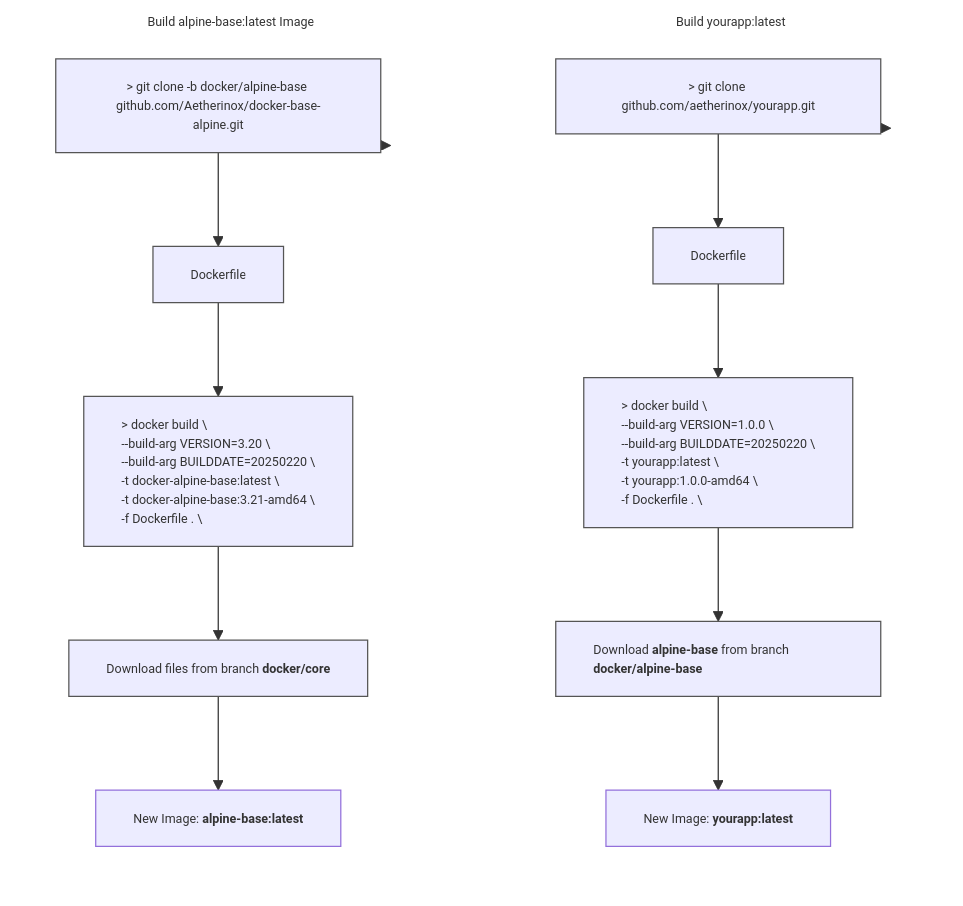
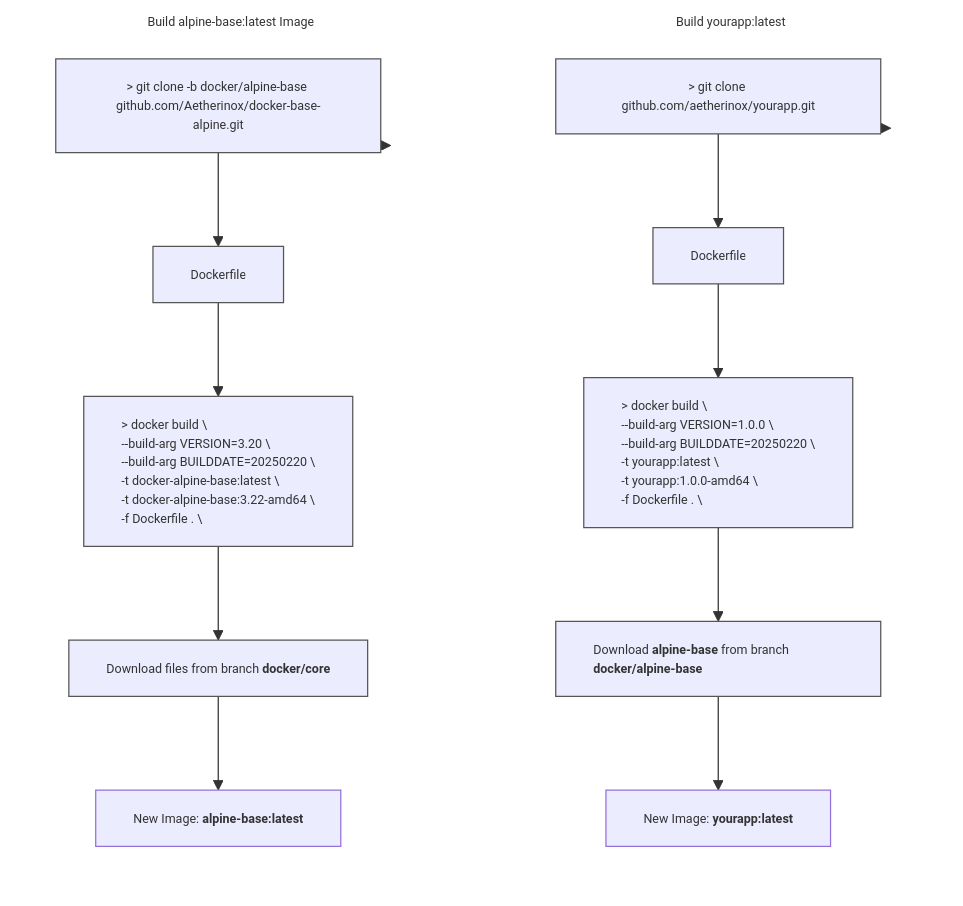
One commit to aetherinox/docker-base-alpine changed the diagram in README.md. Above: the diagram before and after it, drawn with Mermaid. The commit also changed other lines of this file, not shown here.

````diff
--- a/README.md
+++ b/README.md
@@ -870,49 +870,49 @@
 ```mermaid
 %%{init: { 'themeVariables': { 'fontSize': '10px' }}}%%
 flowchart TB
 
 subgraph GRAPH_TVAPP ["Build yourapp:latest"]
     direction TB
     obj_step10["`&gt; git clone github.com/aetherinox/yourapp.git`"]
     obj_step11["`Dockerfile`"]
     obj_step12["`&gt; docker build &bsol;
     --build-arg VERSION=1.0.0 &bsol;
     --build-arg BUILDDATE=20250220 &bsol;
     -t yourapp:latest &bsol;
     -t yourapp:1.0.0-amd64 &bsol;
     -f Dockerfile . &bsol;`"]
     obj_step13["`Download **alpine-base** from branch **docker/alpine-base**`"]
     obj_step14["`New Image: **yourapp:latest**`"]
 
     style obj_step10 text-align:center,stroke-width:1px,stroke:#555
     style obj_step11 text-align:left,stroke-width:1px,stroke:#555
     style obj_step12 text-align:left,stroke-width:1px,stroke:#555
     style obj_step13 text-align:left,stroke-width:1px,stroke:#555
 end
 
 style GRAPH_TVAPP text-align:center,stroke-width:1px,stroke:transparent,fill:transparent
 
 subgraph GRAPH_ALPINE["Build alpine-base:latest Image"]
 direction TB
     obj_step20["`&gt; git clone -b docker/alpine-base github.com/Aetherinox/docker-base-alpine.git`"]
     obj_step21["`Dockerfile`"]
     obj_step22["`&gt; docker build &bsol;
     --build-arg VERSION=3.20 &bsol;
     --build-arg BUILDDATE=20250220 &bsol;
     -t docker-alpine-base:latest &bsol;
-    -t docker-alpine-base:3.21-amd64 &bsol;
+    -t docker-alpine-base:3.22-amd64 &bsol;
     -f Dockerfile . &bsol;`"]
     obj_step23["`Download files from branch **docker/core**`"]
     obj_step24["`New Image: **alpine-base:latest**`"]
 
     style obj_step20 text-align:center,stroke-width:1px,stroke:#555
     style obj_step21 text-align:left,stroke-width:1px,stroke:#555
     style obj_step22 text-align:left,stroke-width:1px,stroke:#555
     style obj_step23 text-align:left,stroke-width:1px,stroke:#555
 end
 
 style GRAPH_ALPINE text-align:center,stroke-width:1px,stroke:transparent,fill:transparent
 
 GRAPH_TVAPP --> obj_step10 --> obj_step11 --> obj_step12 --> obj_step13 --> obj_step14
 GRAPH_ALPINE --> obj_step20 --> obj_step21 --> obj_step22 --> obj_step23 --> obj_step24
 ```
````
